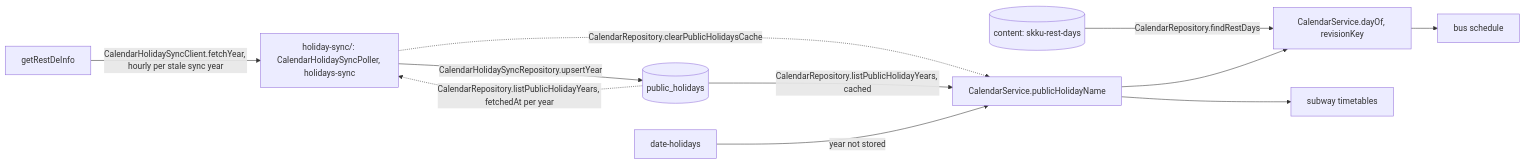
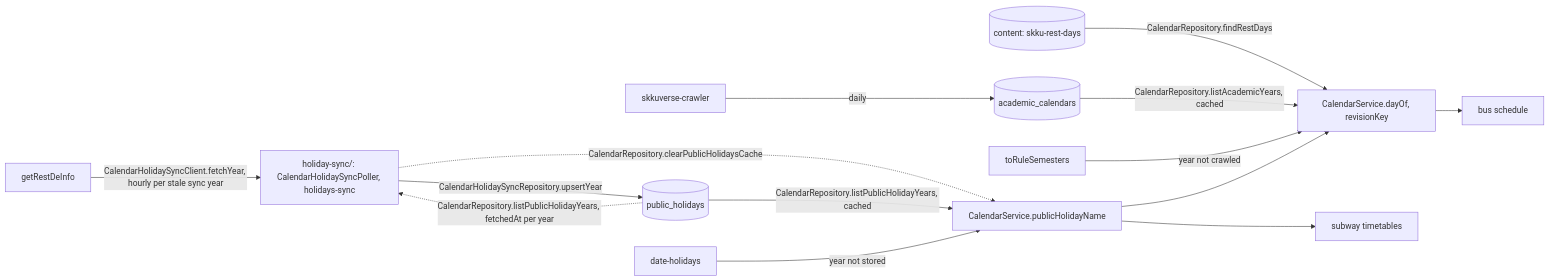
The diagram in docs/explanation/calendar-architecture.md (skkuverse/skkuverse-server), drawn with Mermaid before and after one commit. The commit also changed other lines of this file and 23 other files, not shown here.

Commit message:
feat(calendar): answer each date's academic period from the crawled academic calendars

````diff
--- a/docs/explanation/calendar-architecture.md
+++ b/docs/explanation/calendar-architecture.md
@@ -42,13 +49,16 @@
 ```mermaid
 flowchart LR
   kasi["getRestDeInfo"] -->|CalendarHolidaySyncClient.fetchYear, hourly per stale sync year| poller["holiday-sync/: CalendarHolidaySyncPoller, holidays-sync"]
   poller -->|CalendarHolidaySyncRepository.upsertYear| coll[("public_holidays")]
   poller -.->|CalendarRepository.clearPublicHolidaysCache| svc
   coll -->|CalendarRepository.listPublicHolidayYears, cached| svc["CalendarService.publicHolidayName"]
   coll -.->|CalendarRepository.listPublicHolidayYears, fetchedAt per year| poller
   rules["date-holidays"] -->|year not stored| svc
   restDays[("content: skku-rest-days")] -->|CalendarRepository.findRestDays| day["CalendarService.dayOf, revisionKey"]
+  crawler["skkuverse-crawler"] -->|daily| academic[("academic_calendars")]
+  academic -->|CalendarRepository.listAcademicYears, cached| day
+  rule["toRuleSemesters"] -->|year not crawled| day
   svc --> day
   day --> bus["bus schedule"]
   svc --> subway["subway timetables"]
 ```
````
